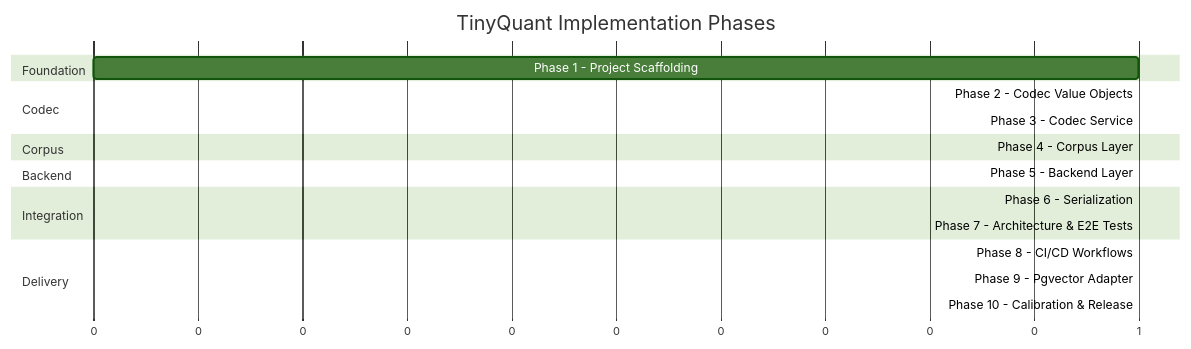
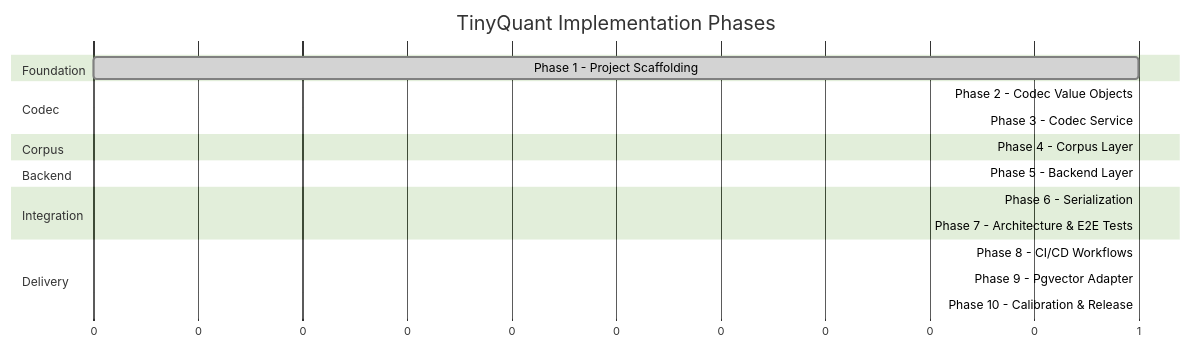
Before and after one commit to better-with-models/TinyQuant: the diagram in docs/roadmap.md, drawn with Mermaid (forest theme). The commit also changed other lines of this file and 5 other files, not shown here.

First line of the commit message:
docs: update roadmap and phase plans to reflect phases 1-4 complete

````diff
--- a/docs/roadmap.md
+++ b/docs/roadmap.md
@@ -21,22 +21,22 @@
 ```mermaid
 gantt
     title TinyQuant Implementation Phases
     dateFormat X
     axisFormat %s
     section Foundation
-        Phase 1 - Project Scaffolding       :p1, 0, 1
+        Phase 1 - Project Scaffolding       :done, p1, 0, 1
     section Codec
-        Phase 2 - Codec Value Objects       :p2, after p1, 1
-        Phase 3 - Codec Service             :p3, after p2, 1
+        Phase 2 - Codec Value Objects       :done, p2, after p1, 1
+        Phase 3 - Codec Service             :done, p3, after p2, 1
     section Corpus
-        Phase 4 - Corpus Layer              :p4, after p3, 1
+        Phase 4 - Corpus Layer              :done, p4, after p3, 1
     section Backend
-        Phase 5 - Backend Layer             :p5, after p4, 1
+        Phase 5 - Backend Layer             :active, p5, after p4, 1
     section Integration
         Phase 6 - Serialization             :p6, after p5, 1
         Phase 7 - Architecture & E2E Tests  :p7, after p6, 1
     section Delivery
         Phase 8 - CI/CD Workflows           :p8, after p7, 1
         Phase 9 - Pgvector Adapter          :p9, after p8, 1
         Phase 10 - Calibration & Release    :p10, after p9, 1
 ```
````
